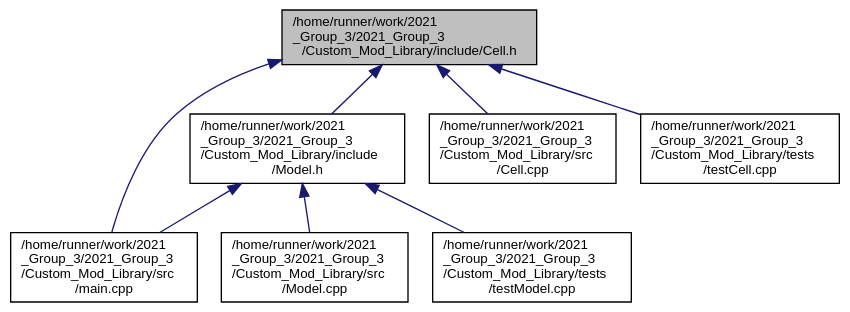
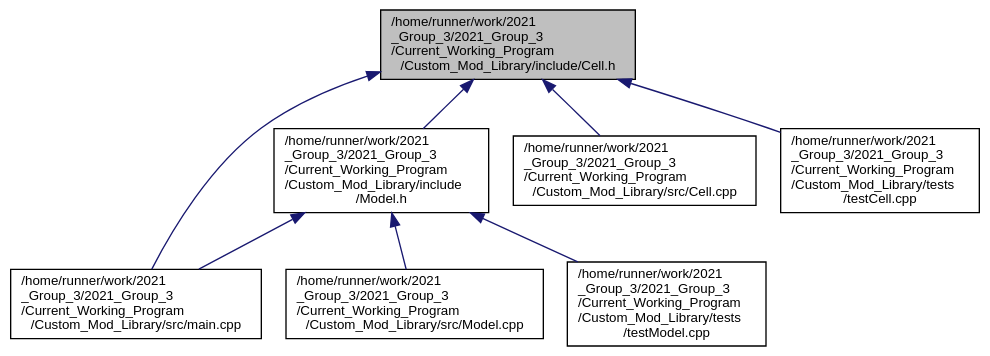
The diagram in _cell_8h__dep__incl.dot (ejagombar/2021_Group_3), drawn with Graphviz before and after one commit. The commit also changed 69 other files, not shown here.

```diff
--- a/_cell_8h__dep__incl.dot
+++ b/_cell_8h__dep__incl.dot
@@ -1,21 +1,21 @@
-digraph "/home/runner/work/2021_Group_3/2021_Group_3/Custom_Mod_Library/include/Cell.h"
+digraph "/home/runner/work/2021_Group_3/2021_Group_3/Current_Working_Program/Custom_Mod_Library/include/Cell.h"
 {
  // LATEX_PDF_SIZE
   bgcolor="transparent";
   edge [fontname="Helvetica",fontsize="10",labelfontname="Helvetica",labelfontsize="10"];
   node [fontname="Helvetica",fontsize="10",shape=record];
-  Node1 [label="/home/runner/work/2021\l_Group_3/2021_Group_3\l/Custom_Mod_Library/include/Cell.h",height=0.2,width=0.4,color="black", fillcolor="grey75", style="filled", fontcolor="black",tooltip="Cell class used to store Cell shapes that make up a model."];
+  Node1 [label="/home/runner/work/2021\l_Group_3/2021_Group_3\l/Current_Working_Program\l/Custom_Mod_Library/include/Cell.h",height=0.2,width=0.4,color="black", fillcolor="grey75", style="filled", fontcolor="black",tooltip="Class used to store Cell shapes that make up a model."];
   Node1 -> Node2 [dir="back",color="midnightblue",fontsize="10",style="solid",fontname="Helvetica"];
-  Node2 [label="/home/runner/work/2021\l_Group_3/2021_Group_3\l/Custom_Mod_Library/include\l/Model.h",height=0.2,width=0.4,color="black",URL="$_model_8h.html",tooltip="Class used to open, save and store .mod files."];
+  Node2 [label="/home/runner/work/2021\l_Group_3/2021_Group_3\l/Current_Working_Program\l/Custom_Mod_Library/include\l/Model.h",height=0.2,width=0.4,color="black",URL="$_model_8h.html",tooltip="Class used to open, save and store .mod files."];
   Node2 -> Node3 [dir="back",color="midnightblue",fontsize="10",style="solid",fontname="Helvetica"];
-  Node3 [label="/home/runner/work/2021\l_Group_3/2021_Group_3\l/Custom_Mod_Library/src\l/main.cpp",height=0.2,width=0.4,color="black",URL="$_custom___mod___library_2src_2main_8cpp.html",tooltip=" "];
+  Node3 [label="/home/runner/work/2021\l_Group_3/2021_Group_3\l/Current_Working_Program\l/Custom_Mod_Library/src/main.cpp",height=0.2,width=0.4,color="black",URL="$_custom___mod___library_2src_2main_8cpp.html",tooltip=" "];
   Node2 -> Node4 [dir="back",color="midnightblue",fontsize="10",style="solid",fontname="Helvetica"];
-  Node4 [label="/home/runner/work/2021\l_Group_3/2021_Group_3\l/Custom_Mod_Library/src\l/Model.cpp",height=0.2,width=0.4,color="black",URL="$_model_8cpp.html",tooltip=" "];
+  Node4 [label="/home/runner/work/2021\l_Group_3/2021_Group_3\l/Current_Working_Program\l/Custom_Mod_Library/src/Model.cpp",height=0.2,width=0.4,color="black",URL="$_model_8cpp.html",tooltip=" "];
   Node2 -> Node5 [dir="back",color="midnightblue",fontsize="10",style="solid",fontname="Helvetica"];
-  Node5 [label="/home/runner/work/2021\l_Group_3/2021_Group_3\l/Custom_Mod_Library/tests\l/testModel.cpp",height=0.2,width=0.4,color="black",URL="$test_model_8cpp.html",tooltip=" "];
+  Node5 [label="/home/runner/work/2021\l_Group_3/2021_Group_3\l/Current_Working_Program\l/Custom_Mod_Library/tests\l/testModel.cpp",height=0.2,width=0.4,color="black",URL="$test_model_8cpp.html",tooltip=" "];
   Node1 -> Node6 [dir="back",color="midnightblue",fontsize="10",style="solid",fontname="Helvetica"];
-  Node6 [label="/home/runner/work/2021\l_Group_3/2021_Group_3\l/Custom_Mod_Library/src\l/Cell.cpp",height=0.2,width=0.4,color="black",URL="$_cell_8cpp.html",tooltip=" "];
+  Node6 [label="/home/runner/work/2021\l_Group_3/2021_Group_3\l/Current_Working_Program\l/Custom_Mod_Library/src/Cell.cpp",height=0.2,width=0.4,color="black",URL="$_cell_8cpp.html",tooltip=" "];
   Node1 -> Node3 [dir="back",color="midnightblue",fontsize="10",style="solid",fontname="Helvetica"];
   Node1 -> Node7 [dir="back",color="midnightblue",fontsize="10",style="solid",fontname="Helvetica"];
-  Node7 [label="/home/runner/work/2021\l_Group_3/2021_Group_3\l/Custom_Mod_Library/tests\l/testCell.cpp",height=0.2,width=0.4,color="black",URL="$test_cell_8cpp.html",tooltip=" "];
+  Node7 [label="/home/runner/work/2021\l_Group_3/2021_Group_3\l/Current_Working_Program\l/Custom_Mod_Library/tests\l/testCell.cpp",height=0.2,width=0.4,color="black",URL="$test_cell_8cpp.html",tooltip=" "];
 }
```
